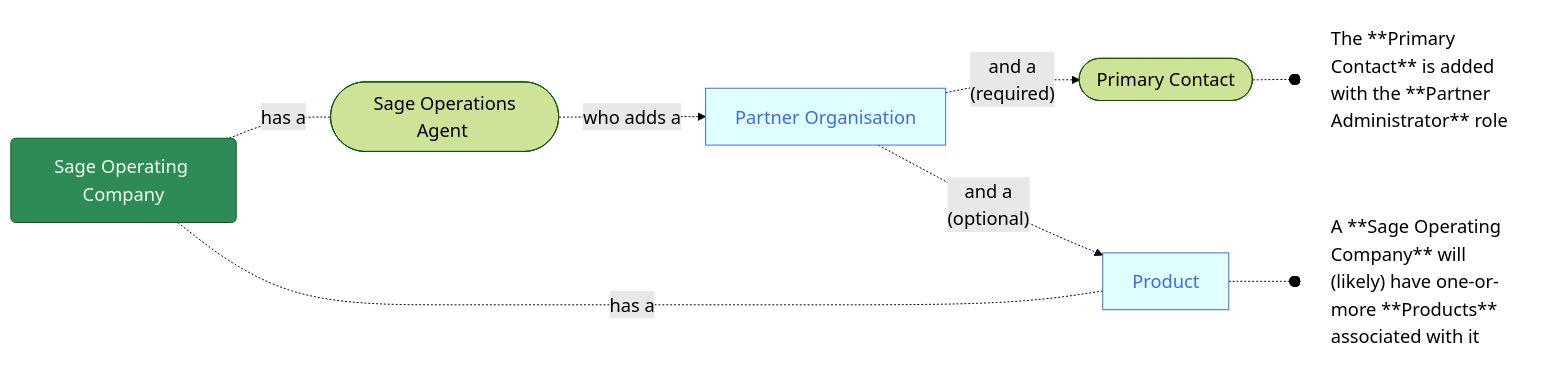
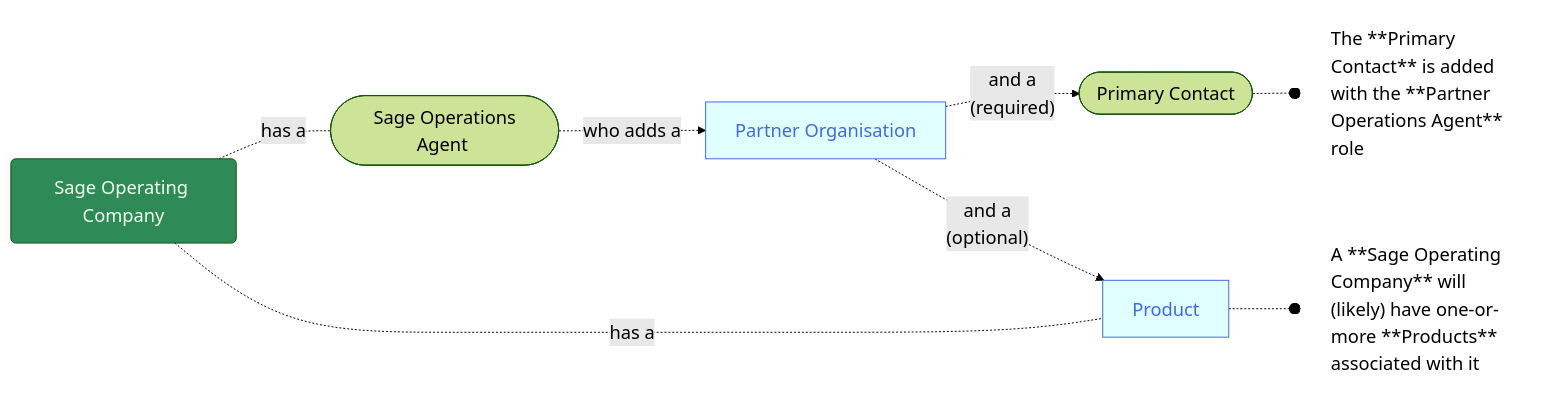
One commit to joe-dorward/samples changed the diagram in 2025_Sage/01_Scenario - Partner organisation.mdx. Above: the diagram before and after it, drawn with Mermaid.

Commit message:
Update 01_Scenario - Partner organisation.mdx

````diff
--- a/2025_Sage/01_Scenario - Partner organisation.mdx
+++ b/2025_Sage/01_Scenario - Partner organisation.mdx
@@ -2,34 +2,34 @@
 ```mermaid
 %%{
   init: {
     'theme': 'forest',
     'themeVariables': {
       'fontSize':'14pt'
     }
   }
 }%%
 flowchart LR
   classDef Sage fill:seagreen, color:honeydew;
   classDef Noun fill:lightcyan, stroke:royalblue, color:royalblue;
   classDef Note fill:white, stroke:white, text-align:left;
 
   SAGE_OPERATING_COMPANY_01(Sage Operating Company)-.has a.-
   SAGE_OPERATIONS_AGENT_01([&nbsp;Sage Operations Agent&nbsp;])-.who adds a.->
   PARTNER_ORGANISATION_01[Partner Organisation]-.and a<br/>(required).->
   PRIMARY_CONTACT_01([&nbsp;Primary Contact&nbsp;])-.-o
-  PRIMARY_CONTACT_01_NOTE[The **Primary Contact** is added with the **Partner Administrator** role]
+  PRIMARY_CONTACT_01_NOTE[The **Primary Contact** is added with the **Partner Operations Agent** role]
 
   SAGE_OPERATING_COMPANY_01-.has a.-
   PRODUCT_01["Product"]-.-o
   PRODUCT_01_NOTE["A **Sage Operating Company** will (likely) have one-or-more **Products** associated with it"]
 
   PARTNER_ORGANISATION_01-.and a<br/>(optional).->
   PRODUCT_01[Product]
 
   %%PRODUCT_01-.-
   %%PRODUCT_02
 
   class SAGE_OPERATING_COMPANY_01 Sage
   class PARTNER_ORGANISATION_01,PRODUCT_01,PRODUCT_02 Noun
   class PRIMARY_CONTACT_01_NOTE,PRODUCT_01_NOTE Note
 ```
````
